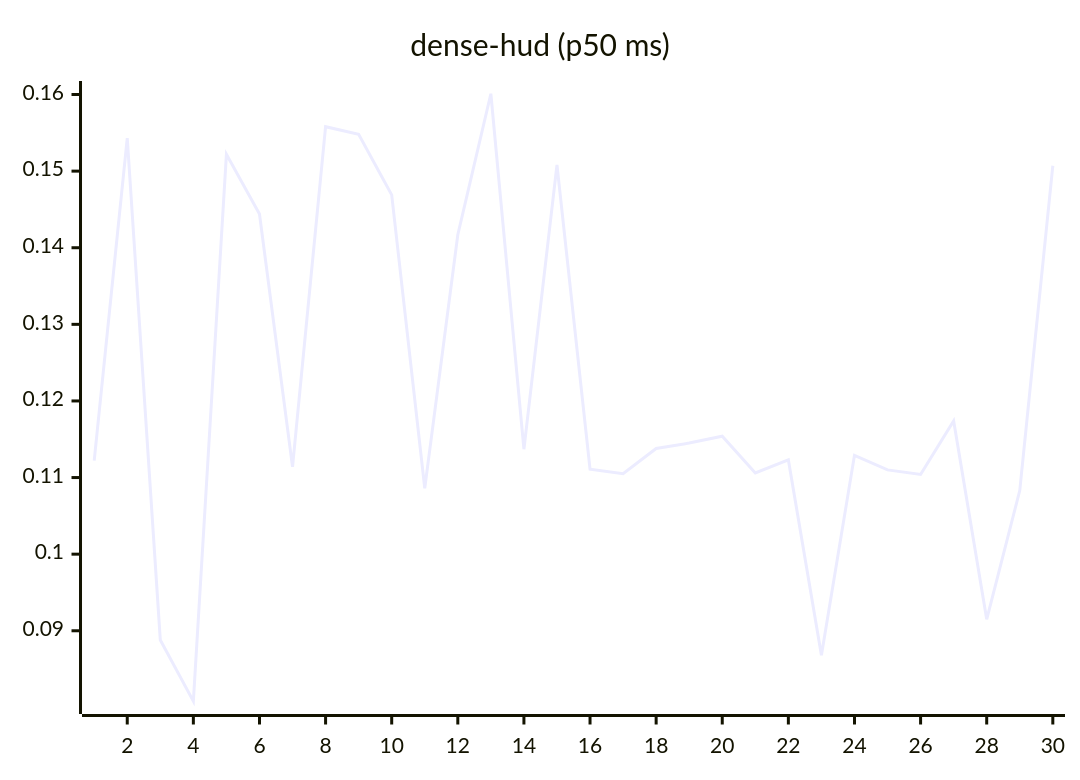
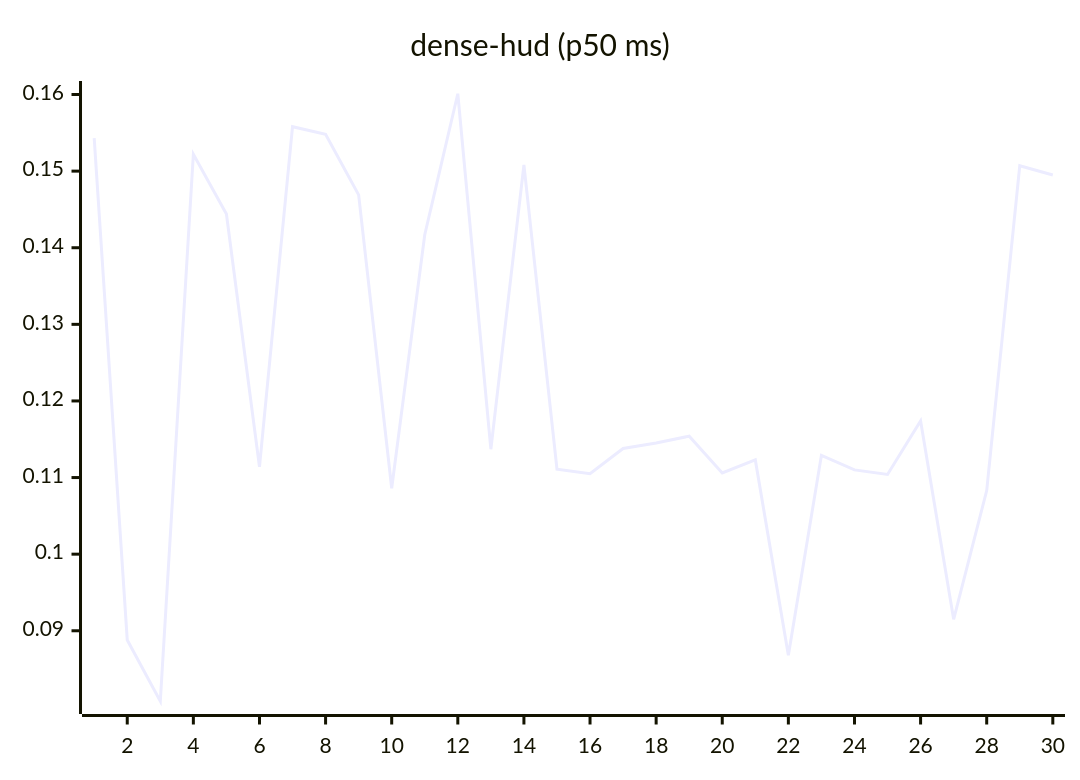
The eighth of 27 diagrams in README.md (josha/Facet), drawn with Mermaid before and after one commit. The commit also changed other lines of this file and 2 other files, not shown here.

````diff
--- a/README.md
+++ b/README.md
@@ -112,6 +112,6 @@
 ```mermaid
 xychart-beta
     title "dense-hud (p50 ms)"
     x-axis 1 --> 30
-    line [0.1122, 0.1543, 0.0888, 0.0808, 0.1522, 0.1444, 0.1114, 0.1558, 0.1548, 0.1469, 0.1086, 0.1417, 0.1601, 0.1137, 0.1508, 0.1111, 0.1105, 0.1138, 0.1145, 0.1154, 0.1106, 0.1123, 0.0868, 0.1129, 0.1110, 0.1104, 0.1174, 0.0915, 0.1083, 0.1507]
+    line [0.1543, 0.0888, 0.0808, 0.1522, 0.1444, 0.1114, 0.1558, 0.1548, 0.1469, 0.1086, 0.1417, 0.1601, 0.1137, 0.1508, 0.1111, 0.1105, 0.1138, 0.1145, 0.1154, 0.1106, 0.1123, 0.0868, 0.1129, 0.1110, 0.1104, 0.1174, 0.0915, 0.1083, 0.1507, 0.1495]
 ```
````
